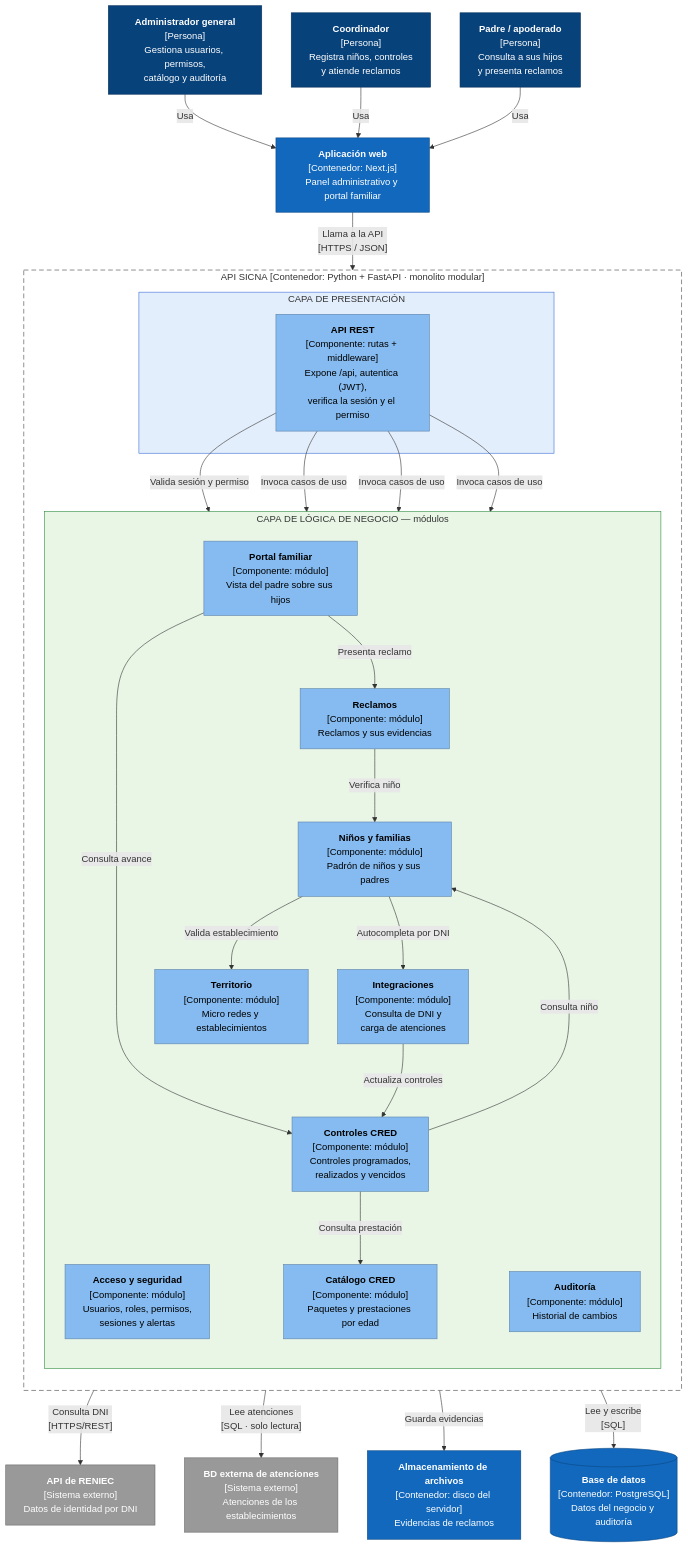
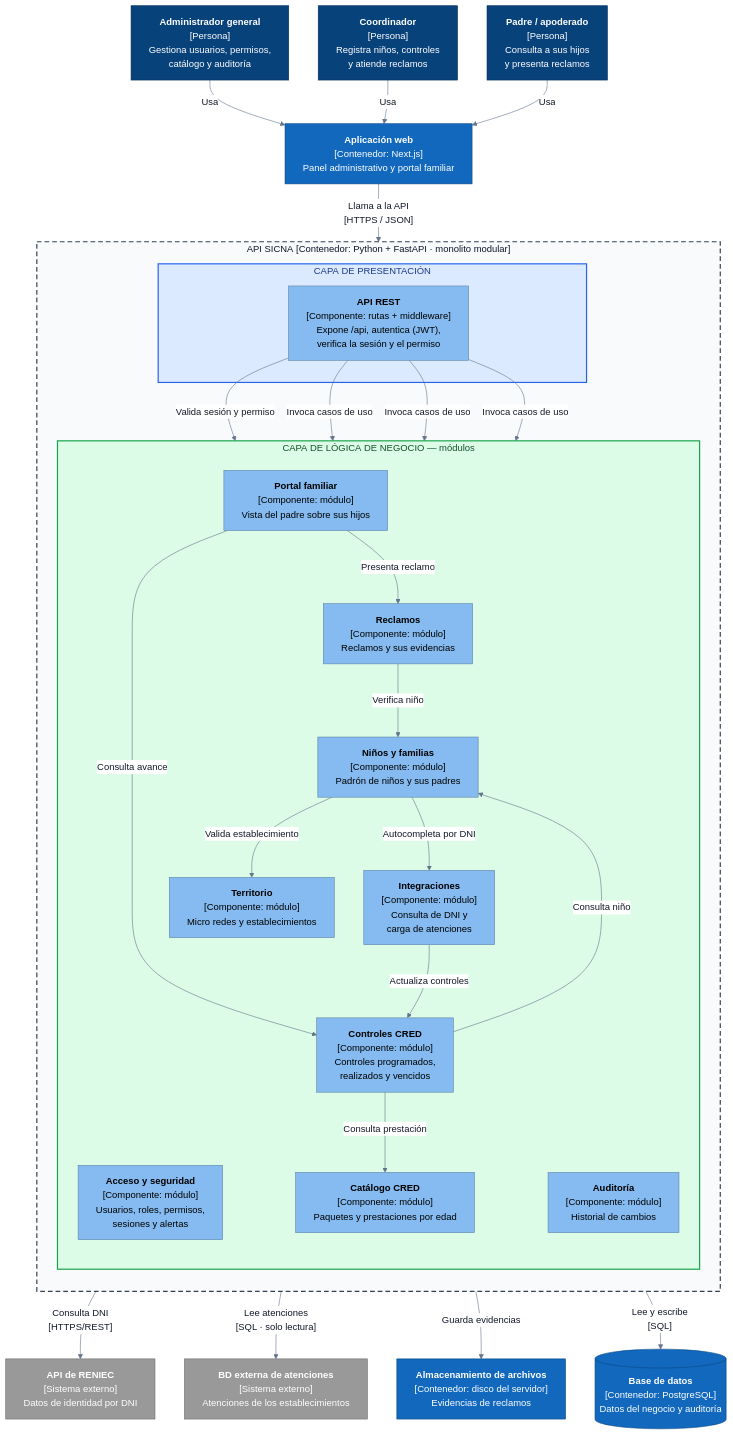
One commit to germanAmiqueroPeralta/SPRINT1 changed the first of 2 diagrams in docs/02-arquitectura-de-software/04-componentes-arquitectonicos.md. Above: the diagram before and after it, drawn with Mermaid. The commit also changed 4 other files, not shown here.

Commit message:
Mejorar colores de los diagramas para que se lean en modo claro y oscuro

````diff
--- a/docs/02-arquitectura-de-software/04-componentes-arquitectonicos.md
+++ b/docs/02-arquitectura-de-software/04-componentes-arquitectonicos.md
@@ -7,65 +7,66 @@
 ```mermaid
+%%{init: {"theme": "base", "themeVariables": {"primaryColor": "#ffffff", "primaryTextColor": "#111827", "primaryBorderColor": "#475569", "lineColor": "#64748b", "textColor": "#111827", "titleColor": "#111827", "edgeLabelBackground": "#ffffff", "clusterBkg": "#f8fafc", "clusterBorder": "#94a3b8"}, "flowchart": {"wrappingWidth": 600}}}%%
 flowchart TB
     P1["<b>Administrador general</b><br/>[Persona]<br/>Gestiona usuarios, permisos,<br/>catálogo y auditoría"]
     P2["<b>Coordinador</b><br/>[Persona]<br/>Registra niños, controles<br/>y atiende reclamos"]
     P3["<b>Padre / apoderado</b><br/>[Persona]<br/>Consulta a sus hijos<br/>y presenta reclamos"]
 
     WEB["<b>Aplicación web</b><br/>[Contenedor: Next.js]<br/>Panel administrativo y portal familiar"]
 
     P1 & P2 & P3 -->|Usa| WEB
 
     subgraph API["API#nbsp;SICNA#nbsp;[Contenedor:#nbsp;Python#nbsp;+#nbsp;FastAPI#nbsp;·#nbsp;monolito#nbsp;modular]"]
         direction TB
         subgraph CPRES["CAPA#nbsp;DE#nbsp;PRESENTACIÓN"]
             REST["<b>API REST</b><br/>[Componente: rutas + middleware]<br/>Expone /api, autentica (JWT),<br/>verifica la sesión y el permiso"]
         end
 
         subgraph MODS["CAPA#nbsp;DE#nbsp;LÓGICA#nbsp;DE#nbsp;NEGOCIO#nbsp;—#nbsp;módulos"]
             direction TB
             ACC["<b>Acceso y seguridad</b><br/>[Componente: módulo]<br/>Usuarios, roles, permisos,<br/>sesiones y alertas"]
             TER["<b>Territorio</b><br/>[Componente: módulo]<br/>Micro redes y establecimientos"]
             NIN["<b>Niños y familias</b><br/>[Componente: módulo]<br/>Padrón de niños y sus padres"]
             CAT["<b>Catálogo CRED</b><br/>[Componente: módulo]<br/>Paquetes y prestaciones por edad"]
             CON["<b>Controles CRED</b><br/>[Componente: módulo]<br/>Controles programados,<br/>realizados y vencidos"]
             REC["<b>Reclamos</b><br/>[Componente: módulo]<br/>Reclamos y sus evidencias"]
             POR["<b>Portal familiar</b><br/>[Componente: módulo]<br/>Vista del padre sobre sus hijos"]
             AUD["<b>Auditoría</b><br/>[Componente: módulo]<br/>Historial de cambios"]
             INT["<b>Integraciones</b><br/>[Componente: módulo]<br/>Consulta de DNI y<br/>carga de atenciones"]
         end
     end
 
     DB[("<b>Base de datos</b><br/>[Contenedor: PostgreSQL]<br/>Datos del negocio y auditoría")]
     FS["<b>Almacenamiento de archivos</b><br/>[Contenedor: disco del servidor]<br/>Evidencias de reclamos"]
     RENIEC["<b>API de RENIEC</b><br/>[Sistema externo]<br/>Datos de identidad por DNI"]
     BDEXT["<b>BD externa de atenciones</b><br/>[Sistema externo]<br/>Atenciones de los establecimientos"]
 
     WEB -->|"Llama a la API<br/>[HTTPS / JSON]"| REST
     REST -->|Valida sesión y permiso| ACC
     REST -->|Invoca casos de uso| POR & AUD & INT
 
     NIN -->|Valida establecimiento| TER
     NIN -->|Autocompleta por DNI| INT
     CON -->|Consulta niño| NIN
     CON -->|Consulta prestación| CAT
     REC -->|Verifica niño| NIN
     POR -->|Consulta avance| CON
     POR -->|Presenta reclamo| REC
     INT -->|Actualiza controles| CON
 
     INT -->|"Consulta DNI<br/>[HTTPS/REST]"| RENIEC
     INT -->|"Lee atenciones<br/>[SQL · solo lectura]"| BDEXT
     REC -->|Guarda evidencias| FS
     API -->|"Lee y escribe<br/>[SQL]"| DB
 
     classDef person fill:#08427b,stroke:#052e56,color:#ffffff
     classDef container fill:#1168bd,stroke:#0b4884,color:#ffffff
     classDef component fill:#85bbf0,stroke:#5d82a8,color:#000000
     classDef external fill:#999999,stroke:#6b6b6b,color:#ffffff
     class P1,P2,P3 person
     class WEB,DB,FS container
     class REST,ACC,TER,NIN,CAT,CON,REC,POR,AUD,INT component
     class RENIEC,BDEXT external
-    style API fill:#ffffff,stroke:#444,stroke-dasharray:8 5
-    style CPRES fill:#e3eefc,stroke:#3b6fd8
-    style MODS fill:#e9f6e6,stroke:#2e8b3d
+    style API fill:#f8fafc,stroke:#334155,stroke-width:2px,stroke-dasharray:8 5,color:#0f172a
+    style CPRES fill:#dbeafe,stroke:#2563eb,stroke-width:2px,color:#1e3a8a
+    style MODS fill:#dcfce7,stroke:#16a34a,stroke-width:2px,color:#14532d
 ```
````
